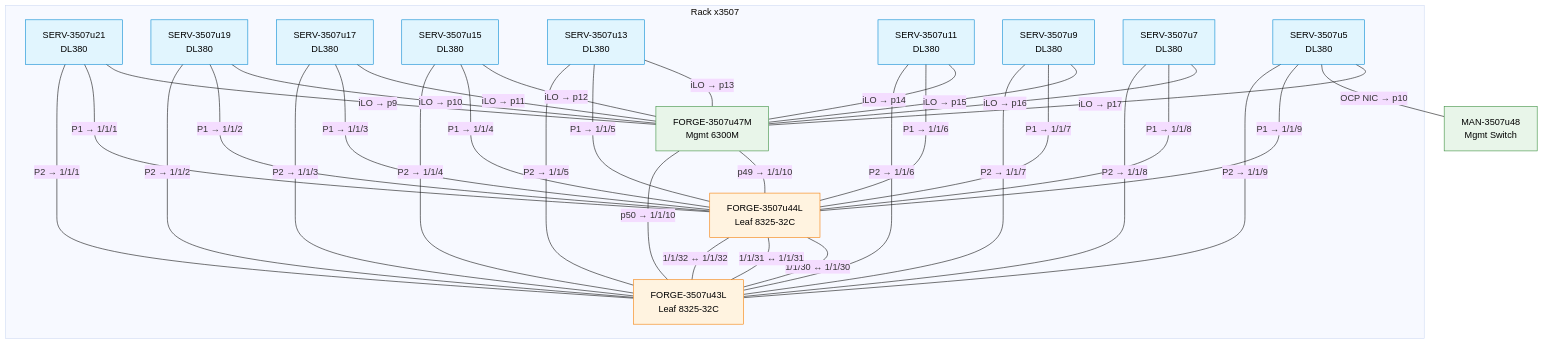
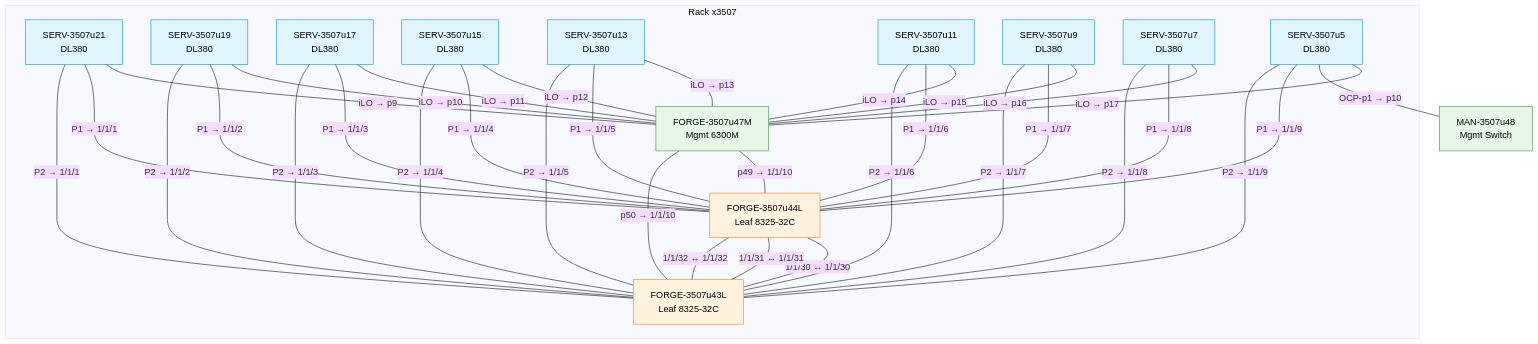
The second of 3 diagrams in gnv2.md (Cray-HPE/cani), drawn with Mermaid (base theme) before and after one commit.

Commit message:
chore: denote which OCP NIC
this server has a quad heads on its copper OCP.

the other ports will be used, so we should denote which port we're using here.

````diff
--- a/gnv2.md
+++ b/gnv2.md
@@ -74,67 +74,67 @@
 ```mermaid
 graph TB
     classDef server fill:#e1f5fe,stroke:#0288d1,color:#000
     classDef mgmt fill:#e8f5e9,stroke:#388e3c,color:#000
     classDef leaf fill:#fff3e0,stroke:#f57c00,color:#000
 
     subgraph x3507["Rack x3507"]
         SERV21["SERV-3507u21<br/>DL380"]:::server
         SERV19["SERV-3507u19<br/>DL380"]:::server
         SERV17["SERV-3507u17<br/>DL380"]:::server
         SERV15["SERV-3507u15<br/>DL380"]:::server
         SERV13["SERV-3507u13<br/>DL380"]:::server
         SERV11["SERV-3507u11<br/>DL380"]:::server
         SERV9["SERV-3507u9<br/>DL380"]:::server
         SERV7["SERV-3507u7<br/>DL380"]:::server
         SERV5["SERV-3507u5<br/>DL380"]:::server
         FORGE3507u47M["FORGE-3507u47M<br/>Mgmt 6300M"]:::mgmt
         FORGE3507u44L["FORGE-3507u44L<br/>Leaf 8325-32C"]:::leaf
         FORGE3507u43L["FORGE-3507u43L<br/>Leaf 8325-32C"]:::leaf
     end
 
     MAN3507u48["MAN-3507u48<br/>Mgmt Switch"]:::mgmt
 
     %% ── LAYER 1: Management iLO (1GbE, CAT6) ──
 
     SERV21 -- "iLO → p9" --- FORGE3507u47M
     SERV19 -- "iLO → p10" --- FORGE3507u47M
     SERV17 -- "iLO → p11" --- FORGE3507u47M
     SERV15 -- "iLO → p12" --- FORGE3507u47M
     SERV13 -- "iLO → p13" --- FORGE3507u47M
     SERV11 -- "iLO → p14" --- FORGE3507u47M
     SERV9 -- "iLO → p15" --- FORGE3507u47M
     SERV7 -- "iLO → p16" --- FORGE3507u47M
     SERV5 -- "iLO → p17" --- FORGE3507u47M
-    SERV5 -- "OCP NIC → p10" --- MAN3507u48
+    SERV5 -- "OCP-p1 → p10" --- MAN3507u48
 
     %% ── LAYER 1b: Mgmt switch SFP28 uplinks → leaf pairs (10G DAC) ──
 
     FORGE3507u47M -- "p49 → 1/1/10" --- FORGE3507u44L
     FORGE3507u47M -- "p50 → 1/1/10" --- FORGE3507u43L
 
     %% ── LAYER 1c: 100GbE Leaf — DL380 CX6 dual-homed (QSFP28 DAC 3m) ──
 
     SERV21 -- "P1 → 1/1/1" --- FORGE3507u44L
     SERV21 -- "P2 → 1/1/1" --- FORGE3507u43L
     SERV19 -- "P1 → 1/1/2" --- FORGE3507u44L
     SERV19 -- "P2 → 1/1/2" --- FORGE3507u43L
     SERV17 -- "P1 → 1/1/3" --- FORGE3507u44L
     SERV17 -- "P2 → 1/1/3" --- FORGE3507u43L
     SERV15 -- "P1 → 1/1/4" --- FORGE3507u44L
     SERV15 -- "P2 → 1/1/4" --- FORGE3507u43L
     SERV13 -- "P1 → 1/1/5" --- FORGE3507u44L
     SERV13 -- "P2 → 1/1/5" --- FORGE3507u43L
     SERV11 -- "P1 → 1/1/6" --- FORGE3507u44L
     SERV11 -- "P2 → 1/1/6" --- FORGE3507u43L
     SERV9 -- "P1 → 1/1/7" --- FORGE3507u44L
     SERV9 -- "P2 → 1/1/7" --- FORGE3507u43L
     SERV7 -- "P1 → 1/1/8" --- FORGE3507u44L
     SERV7 -- "P2 → 1/1/8" --- FORGE3507u43L
     SERV5 -- "P1 → 1/1/9" --- FORGE3507u44L
     SERV5 -- "P2 → 1/1/9" --- FORGE3507u43L
 
     %% ── x3507 ISL: u44L ↔ u43L (VSX) ──
     FORGE3507u44L -- "1/1/30 ↔ 1/1/30" --- FORGE3507u43L
     FORGE3507u44L -- "1/1/31 ↔ 1/1/31" --- FORGE3507u43L
     FORGE3507u44L -- "1/1/32 ↔ 1/1/32" --- FORGE3507u43L
 ```
````
